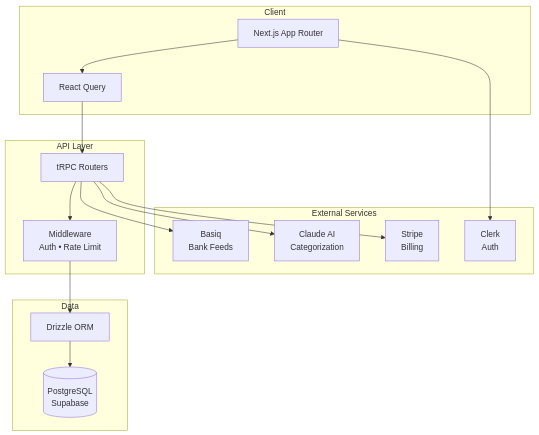
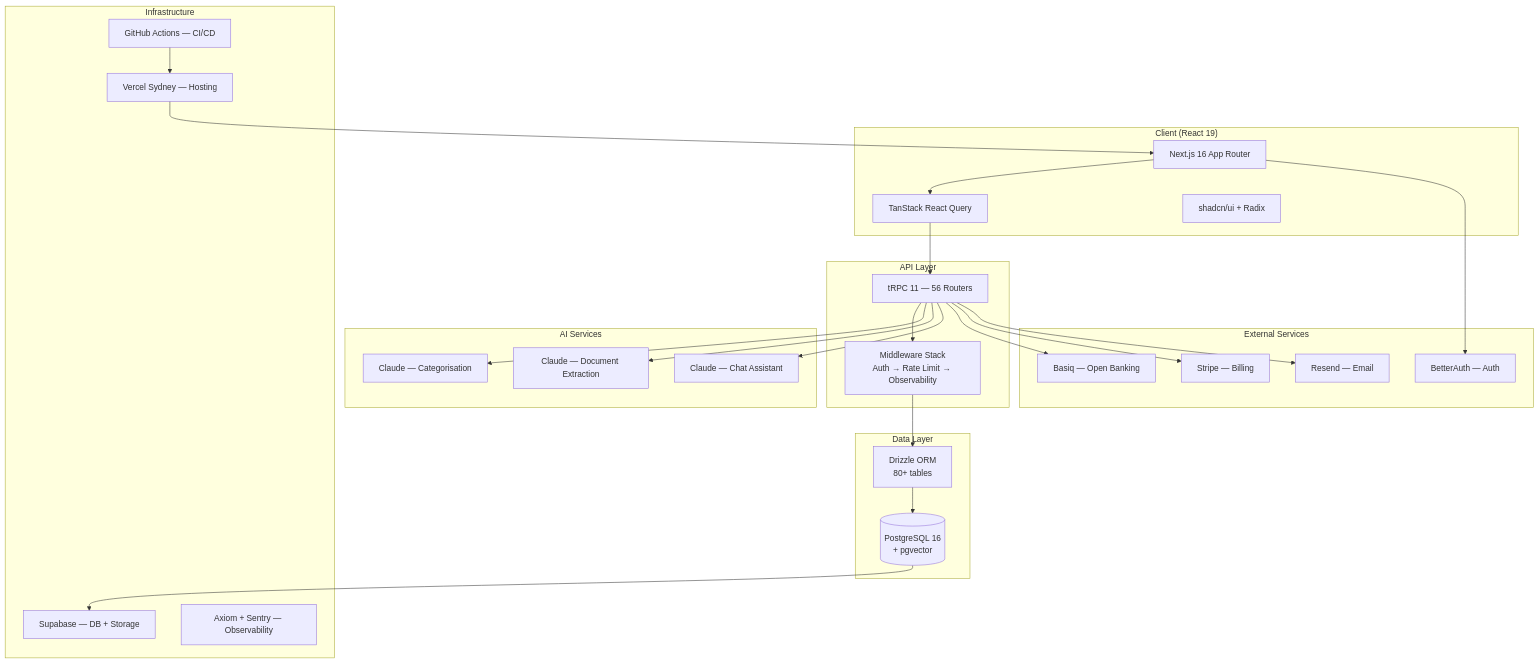
Before and after one commit to ItsMattG/property-tracker: the first of 3 diagrams in README.md, drawn with Mermaid. The commit also changed other lines of this file and 7 other files, not shown here.

````diff
--- a/README.md
+++ b/README.md
@@ -125,35 +61,47 @@
 ```mermaid
 graph TB
-    subgraph Client
-        A[Next.js App Router]
-        B[React Query]
+    subgraph Client["Client (React 19)"]
+        A[Next.js 16 App Router]
+        B[TanStack React Query]
+        C[shadcn/ui + Radix]
     end
 
-    subgraph API Layer
-        C[tRPC Routers]
-        D[Middleware<br/>Auth • Rate Limit]
+    subgraph API["API Layer"]
+        D[tRPC 11 — 56 Routers]
+        E[Middleware Stack<br/>Auth → Rate Limit → Observability]
     end
 
-    subgraph Data
-        E[(PostgreSQL<br/>Supabase)]
-        F[Drizzle ORM]
+    subgraph Data["Data Layer"]
+        F[(PostgreSQL 16<br/>+ pgvector)]
+        G[Drizzle ORM<br/>80+ tables]
     end
 
-    subgraph External Services
-        G[Basiq<br/>Bank Feeds]
-        H[Claude AI<br/>Categorization]
-        I[Stripe<br/>Billing]
-        J[Clerk<br/>Auth]
+    subgraph AI["AI Services"]
+        H[Claude — Categorisation]
+        I[Claude — Document Extraction]
+        J[Claude — Chat Assistant]
     end
 
-    A --> B
-    B --> C
-    C --> D
-    D --> F
-    F --> E
+    subgraph External["External Services"]
+        K[Basiq — Open Banking]
+        L[Stripe — Billing]
+        M[BetterAuth — Auth]
+        N[Resend — Email]
+    end
 
-    C --> G
-    C --> H
-    C --> I
-    A --> J
+    subgraph Infra["Infrastructure"]
+        O[Vercel Sydney — Hosting]
+        P[Supabase — DB + Storage]
+        Q[GitHub Actions — CI/CD]
+        R[Axiom + Sentry — Observability]
+    end
+
+    A --> B --> D --> E --> G --> F
+    D --> H & I & J
+    D --> K & L
+    A --> M
+    D --> N
+    O --> A
+    F --> P
+    Q --> O
 ```
````
